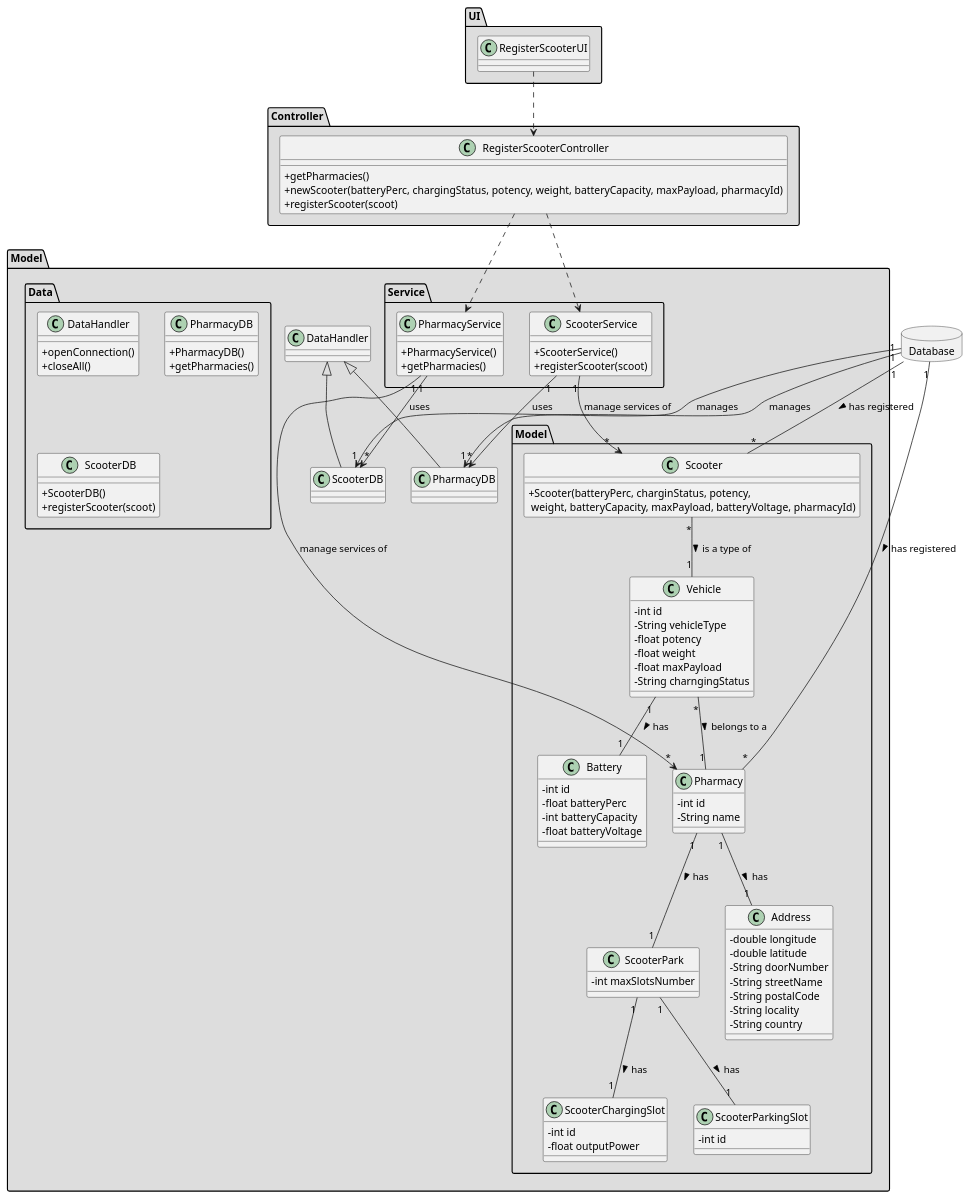
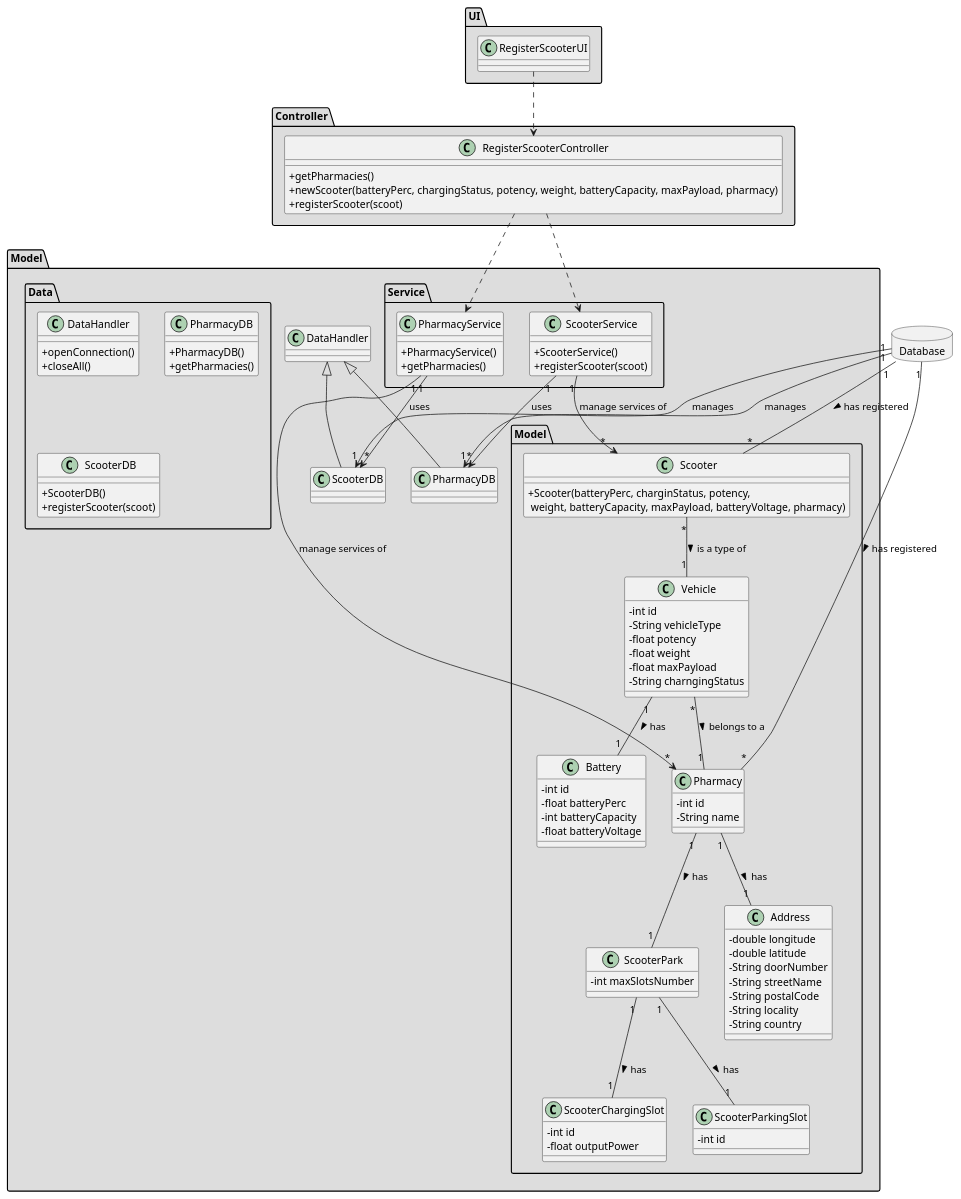
The diagram in docs/Iteration 2/Scooter Management/US21_RegisterScooter/Refinement/US21_CD.puml (tiagoavcosta25/LAPR3), drawn with PlantUML before and after one commit. The commit also changed 12 other files, not shown here.

```diff
--- a/docs/Iteration 2/Scooter Management/US21_RegisterScooter/Refinement/US21_CD.puml
+++ b/docs/Iteration 2/Scooter Management/US21_RegisterScooter/Refinement/US21_CD.puml
@@ -1,127 +1,127 @@
 @startuml
 skinparam classAttributeIconSize 0
 
 database Database {
 }
 
 package "UI" #DDDDDD {
 class RegisterScooterUI{
 }
 }
 
 package "Controller" #DDDDDD {
 class RegisterScooterController{
 +getPharmacies()
-+newScooter(batteryPerc, chargingStatus, potency, weight, batteryCapacity, maxPayload, pharmacyId)
++newScooter(batteryPerc, chargingStatus, potency, weight, batteryCapacity, maxPayload, pharmacy)
 +registerScooter(scoot)
 }
 }
 
 
 package "Model" #DDDDDD {
  package "Service" #DDDDDD {
   class PharmacyService{
       +PharmacyService()
       +getPharmacies()
   }
 
   class ScooterService{
       +ScooterService()
       +registerScooter(scoot)
    }
 }
 
 package "Model" #DDDDDD {
 class ScooterPark{
 -   int maxSlotsNumber
 }
 
 class ScooterChargingSlot{
 -   int id
 -   float outputPower
 }
 
 class ScooterParkingSlot{
 -   int id
 }
 
 class Scooter{
-+Scooter(batteryPerc, charginStatus, potency,\n weight, batteryCapacity, maxPayload, batteryVoltage, pharmacyId)
++Scooter(batteryPerc, charginStatus, potency,\n weight, batteryCapacity, maxPayload, batteryVoltage, pharmacy)
 
 }
 
 class Vehicle{
   -int id
   -String vehicleType
   -float potency
   -float weight
   -float maxPayload
   -String charngingStatus
 }
 
 class Battery{
   -int id
   -float batteryPerc
   -int batteryCapacity
   -float batteryVoltage
 }
 
 
 class Address{
   -double longitude
   -double latitude
   -String doorNumber
   -String streetName
   -String postalCode
   -String locality
   -String country
 }
 
 class Pharmacy {
   -int id
   -String name
 }
 }
 
 
 package "Data" #DDDDDD {
 class DataHandler{
     +openConnection()
     +closeAll()
 }
 class PharmacyDB{
      +PharmacyDB()
      +getPharmacies()
  }
 
  class ScooterDB{
      +ScooterDB()
      +registerScooter(scoot)
   }
 }
 
 class PharmacyDB extends DataHandler
 class ScooterDB extends DataHandler
 
 RegisterScooterUI ..> RegisterScooterController
 RegisterScooterController ..> PharmacyService
 RegisterScooterController ..> ScooterService
 Database "1" --> "1" PharmacyDB : manages
 Database "1" --> "1" ScooterDB : manages
 ScooterService "1" --> "*" PharmacyDB : uses
 PharmacyService "1" --> "*" ScooterDB : uses
 PharmacyService "1" --> "*" Pharmacy : manage services of
 ScooterService "1" --> "*" Scooter : manage services of
 
 Database "1" -- "*" Pharmacy : has registered >
 Database "1" -- "*" Scooter : has registered >
 
 Vehicle "1" -- "1" Battery : has >
 Vehicle "*" -- "1" Pharmacy : belongs to a >
 Scooter "*" -- "1" Vehicle : is a type of >
 Pharmacy "1" -- "1" Address : has >
 Pharmacy "1" -- "1" ScooterPark : has >
 ScooterPark "1" -- "1" ScooterChargingSlot : has >
 ScooterPark "1" -- "1" ScooterParkingSlot : has >
 
 @enduml
```
